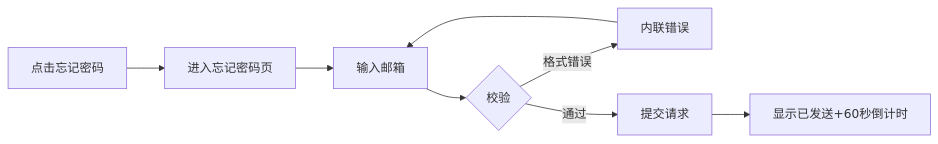
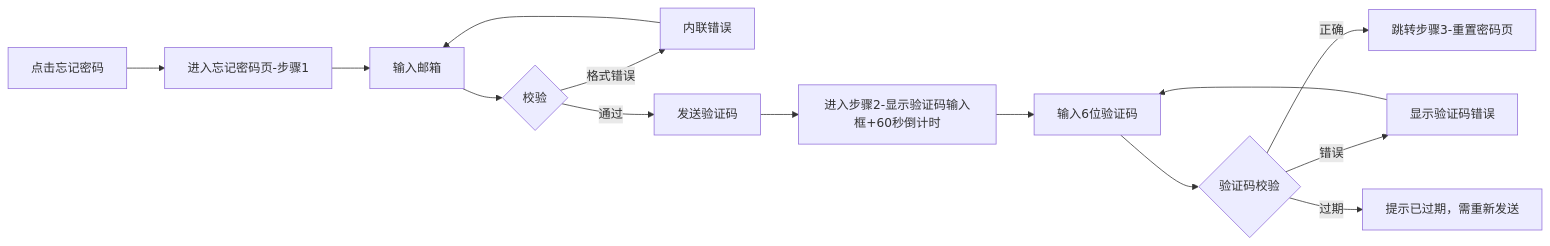
One commit to foryou2026/chinese changed the fourth of 6 diagrams in docs/C02-ia-interaction/app/auth/account-entry/02-flows.md. Above: the diagram before and after it, drawn with Mermaid. The commit also changed other lines of this file and 27 other files, not shown here.

````diff
--- a/docs/C02-ia-interaction/app/auth/account-entry/02-flows.md
+++ b/docs/C02-ia-interaction/app/auth/account-entry/02-flows.md
@@ -62,10 +66,16 @@
 ```mermaid
 flowchart LR
-  A4[点击忘记密码] --> B4[进入忘记密码页]
+  A4[点击忘记密码] --> B4[进入忘记密码页-步骤1]
   B4 --> C4[输入邮箱]
   C4 --> D4{校验}
   D4 -->|格式错误| E4[内联错误]
   E4 --> C4
-  D4 -->|通过| F4[提交请求]
-  F4 --> G4[显示已发送+60秒倒计时]
+  D4 -->|通过| F4[发送验证码]
+  F4 --> G4[进入步骤2-显示验证码输入框+60秒倒计时]
+  G4 --> H4[输入6位验证码]
+  H4 --> I4{验证码校验}
+  I4 -->|正确| J4[跳转步骤3-重置密码页]
+  I4 -->|错误| K4[显示验证码错误]
+  K4 --> H4
+  I4 -->|过期| L4[提示已过期，需重新发送]
 ```
````
